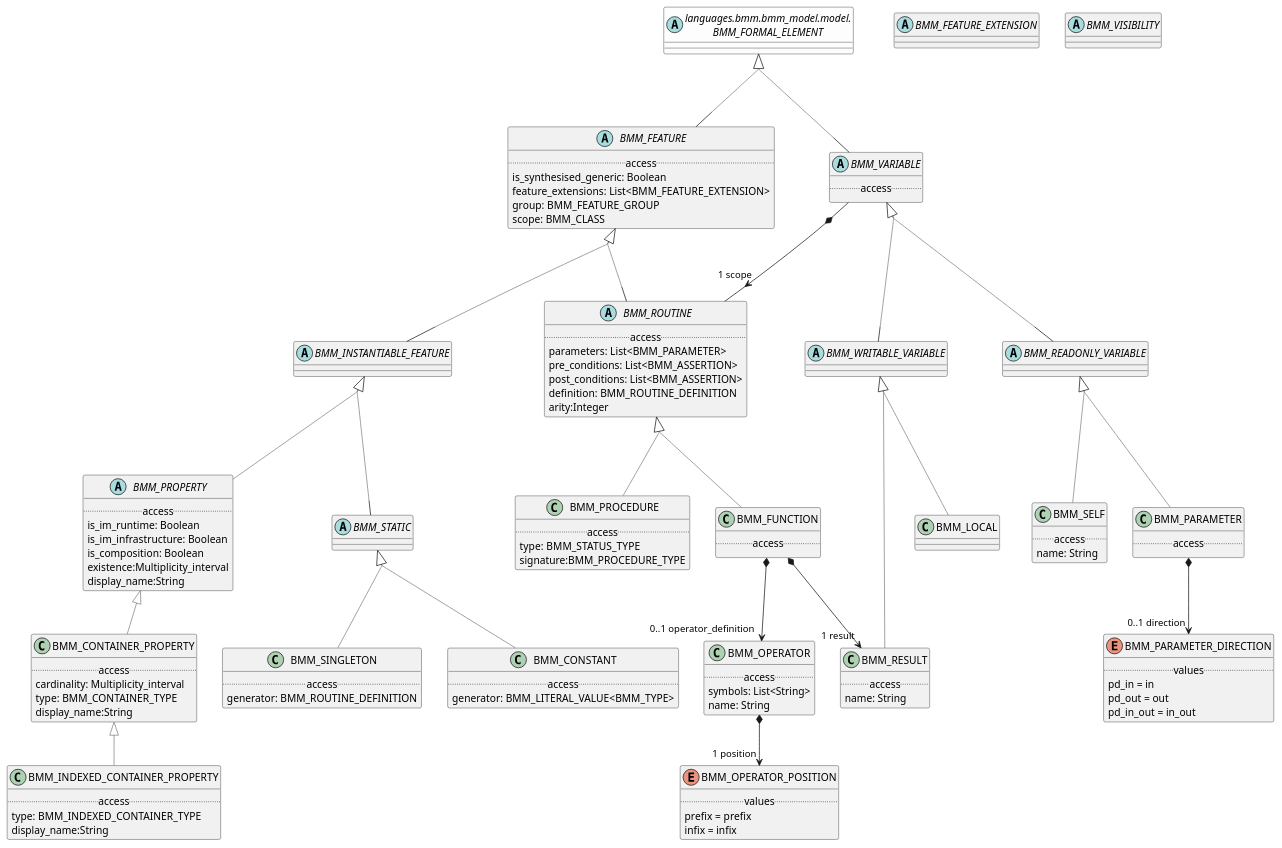
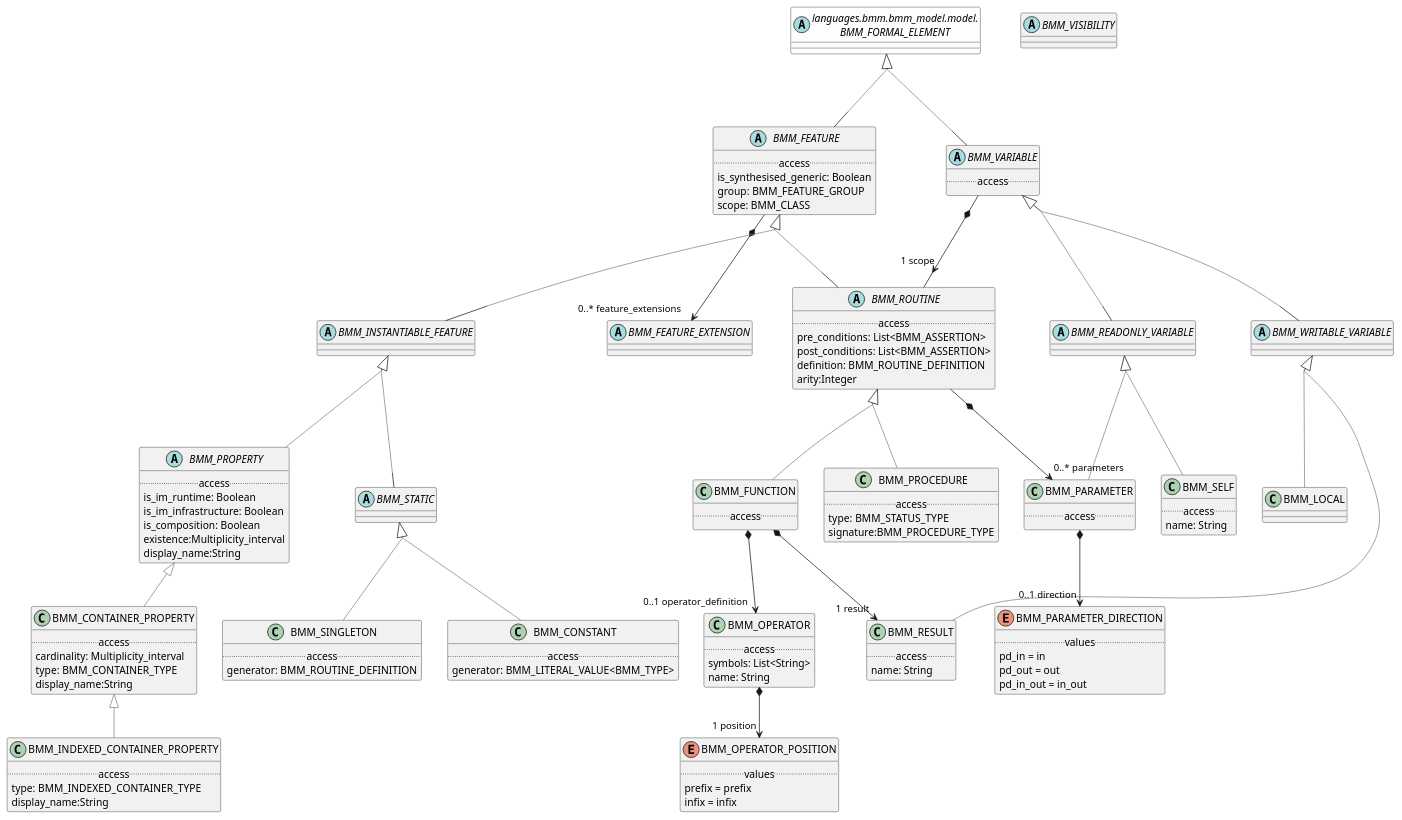
One commit to wolandscat/openehr-doc changed the diagram in modules/ROOT/examples/bmm/languages/bmm/bmm_model/feature/feature-package-uml.adoc. Above: the diagram before and after it, drawn with PlantUML. The commit also changed 26 other files, not shown here.

```diff
--- a/modules/ROOT/examples/bmm/languages/bmm/bmm_model/feature/feature-package-uml.adoc
+++ b/modules/ROOT/examples/bmm/languages/bmm/bmm_model/feature/feature-package-uml.adoc
@@ -61,7 +61,6 @@
 
 abstract class BMM_ROUTINE [[/openehr-doc/latest/languages/bmm-gen.html#_class_bmm_routine]] {
         .. access ..
-        parameters: List<BMM_PARAMETER>
         pre_conditions: List<BMM_ASSERTION>
         post_conditions: List<BMM_ASSERTION>
         definition: BMM_ROUTINE_DEFINITION
@@ -70,6 +69,8 @@
 
 BMM_ROUTINE -[#gray]up-|> BMM_FEATURE  
 
+
+BMM_ROUTINE *--> "0..* parameters" BMM_PARAMETER
 
 class BMM_LOCAL [[/openehr-doc/latest/languages/bmm-gen.html#_class_bmm_local]] {
 }
@@ -123,13 +124,14 @@
 abstract class BMM_FEATURE [[/openehr-doc/latest/languages/bmm-gen.html#_class_bmm_feature]] {
         .. access ..
         is_synthesised_generic: Boolean
-        feature_extensions: List<BMM_FEATURE_EXTENSION>
         group: BMM_FEATURE_GROUP
         scope: BMM_CLASS
 }
 
 BMM_FEATURE -[#gray]up-|> BMM_FORMAL_ELEMENT  
 
+
+BMM_FEATURE *--> "0..* feature_extensions" BMM_FEATURE_EXTENSION
 
 class BMM_CONSTANT [[/openehr-doc/latest/languages/bmm-gen.html#_class_bmm_constant]] {
         .. access ..
```
